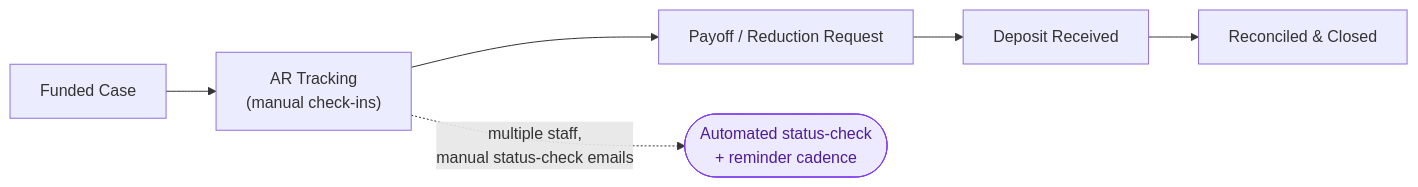
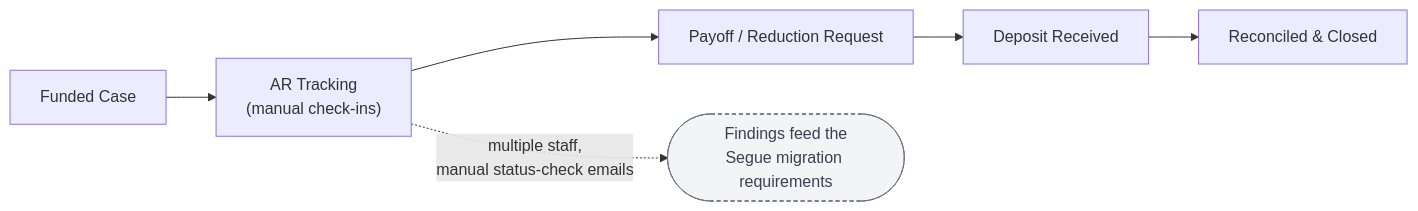
The sixth of 7 diagrams in business/projects/client-projects/26061201_capital-financing/client-facing-deliverables/20260910_capital-financing-opportunity-map.md (jsaponara42/ai-assistant-doc-storage), drawn with Mermaid before and after one commit. The commit also changed other lines of this file, not shown here.

````diff
--- a/business/projects/client-projects/26061201_capital-financing/client-facing-deliverables/20260910_capital-financing-opportunity-map.md
+++ b/business/projects/client-projects/26061201_capital-financing/client-facing-deliverables/20260910_capital-financing-opportunity-map.md
@@ -211,10 +219,10 @@
 ```mermaid
 flowchart LR
-    classDef strategic fill:#ede9fe,stroke:#7c3aed,color:#4c1d95
+    classDef decision fill:#f3f4f6,stroke:#6b7280,color:#374151,stroke-dasharray: 4 3
     A[Funded Case] --> B["AR Tracking\n(manual check-ins)"]
     B --> C[Payoff / Reduction Request]
     C --> D[Deposit Received]
     D --> E[Reconciled & Closed]
-    B -.->|"multiple staff,\nmanual status-check emails"| Opp1(["Automated status-check\n+ reminder cadence"])
-    class Opp1 strategic
+    B -.->|"multiple staff,\nmanual status-check emails"| Opp1(["Findings feed the\nSegue migration requirements"])
+    class Opp1 decision
 ```
````
